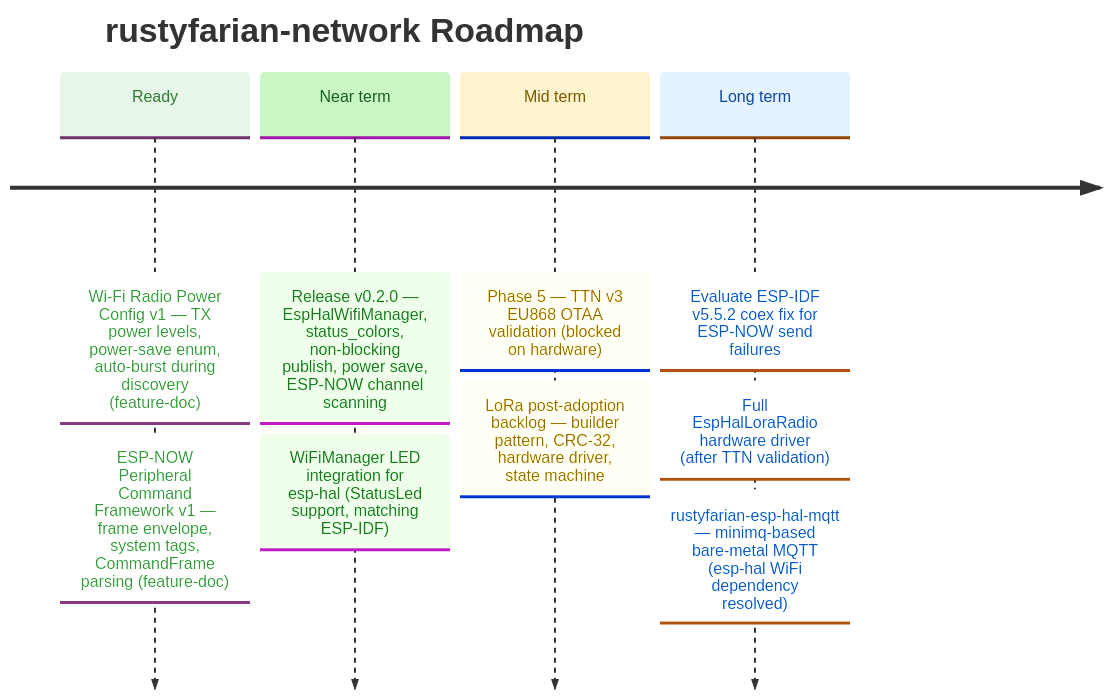
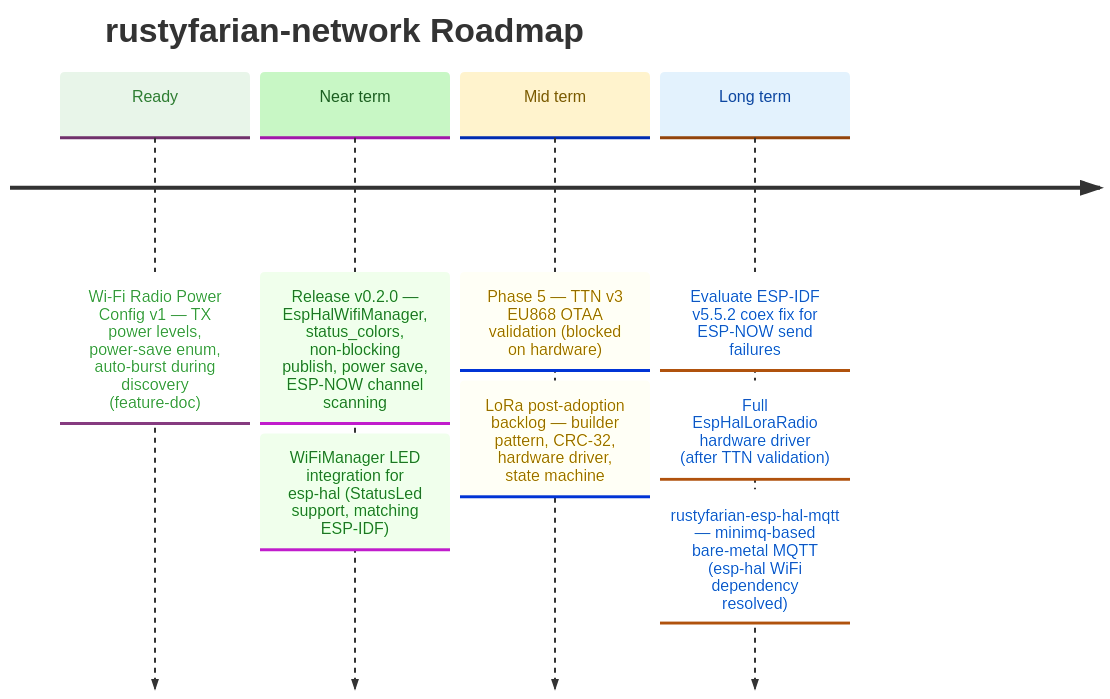
The diagram in docs/ROADMAP.md (datenkollektiv/rustyfarian-network), drawn with Mermaid before and after one commit. The commit also changed other lines of this file and 6 other files, not shown here.

Commit message:
Add feature for ESP-NOW Peripheral Command Framework

````diff
--- a/docs/ROADMAP.md
+++ b/docs/ROADMAP.md
@@ -9,31 +9,30 @@
 ```mermaid
 %%{init: {
   "theme": "base",
   "themeVariables": {
     "cScale0": "#e8f5e9",
     "cScaleLabel0": "#2e7d32",
     "cScale1": "#c8f7c5",
     "cScaleLabel1": "#1b5e20",
     "cScale2": "#fff3cd",
     "cScaleLabel2": "#7a5a00",
     "cScale3": "#e3f2fd",
     "cScaleLabel3": "#0d47a1"
   }
 }}%%
 
 timeline
     title rustyfarian-network Roadmap
 
     Ready     : Wi-Fi Radio Power Config v1 — TX power levels, power-save enum, auto-burst during discovery (feature-doc)
-              : ESP-NOW Peripheral Command Framework v1 — frame envelope, system tags, CommandFrame parsing (feature-doc)
 
     Near term : Release v0.2.0 — EspHalWifiManager, status_colors, non-blocking publish, power save, ESP-NOW channel scanning
               : WiFiManager LED integration for esp-hal (StatusLed support, matching ESP-IDF)
 
     Mid term  : Phase 5 — TTN v3 EU868 OTAA validation (blocked on hardware)
               : LoRa post-adoption backlog — builder pattern, CRC-32, hardware driver, state machine
 
     Long term : Evaluate ESP-IDF v5.5.2 coex fix for ESP-NOW send failures
               : Full EspHalLoraRadio hardware driver (after TTN validation)
               : rustyfarian-esp-hal-mqtt — minimq-based bare-metal MQTT (esp-hal WiFi dependency resolved)
 ```
````
